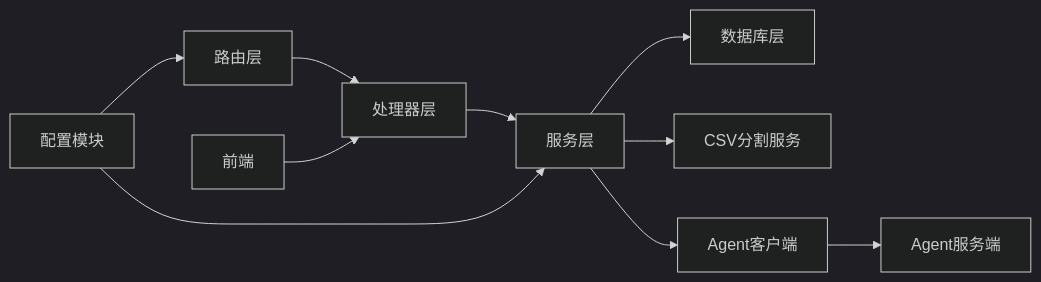
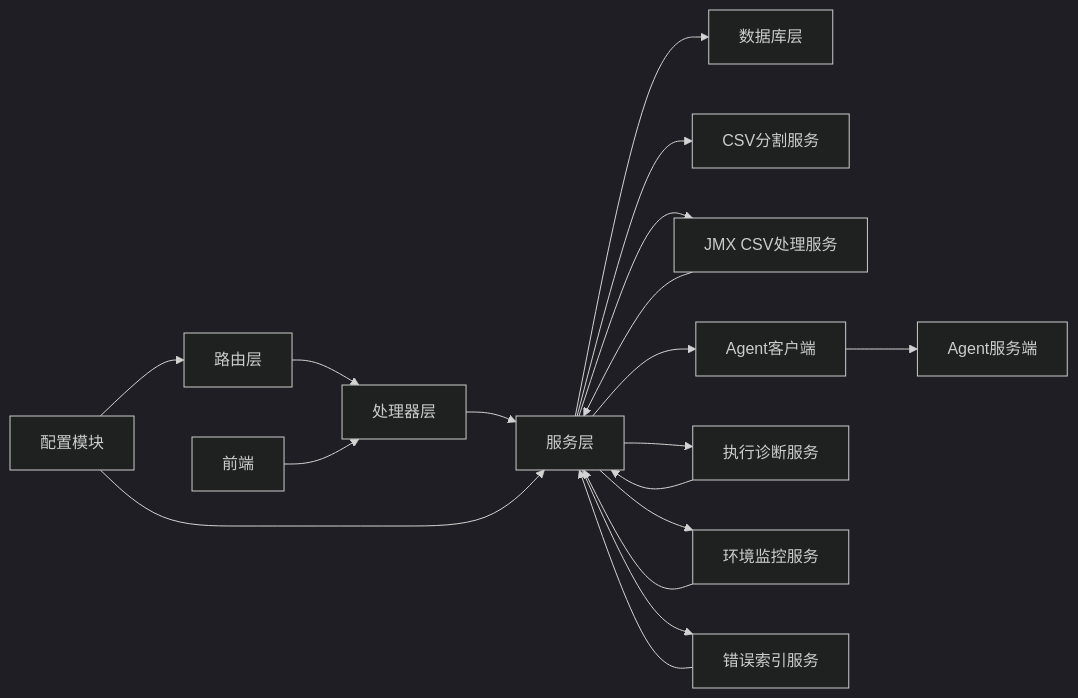
One commit to Liyuhao02/Jmeter-Admin changed diagram 13 of 13 in .qoder/repowiki/zh/content/核心业务模块/执行管理系统/执行管理系统.md. Above: the diagram before and after it, drawn with Mermaid (dark theme). The commit also changed other lines of this file and 7 other files, not shown here.

````diff
--- a/.qoder/repowiki/zh/content/核心业务模块/执行管理系统/执行管理系统.md
+++ b/.qoder/repowiki/zh/content/核心业务模块/执行管理系统/执行管理系统.md
@@ -453,12 +631,20 @@
 ```mermaid
 graph LR
 Router["路由层"] --> Handler["处理器层"]
 Handler --> Service["服务层"]
 Service --> DB["数据库层"]
 Frontend["前端"] --> Handler
 Config["配置模块"] --> Service
 Config --> Router
 Service --> CSVService["CSV分割服务"]
+Service --> JMXCSVService["JMX CSV处理服务"]
 Service --> AgentClient["Agent客户端"]
+Service --> DiagService["执行诊断服务"]
+Service --> EnvService["环境监控服务"]
+Service --> ErrorIdx["错误索引服务"]
 AgentClient --> AgentServer["Agent服务端"]
+DiagService --> Service
+EnvService --> Service
+ErrorIdx --> Service
+JMXCSVService --> Service
 ```
````
